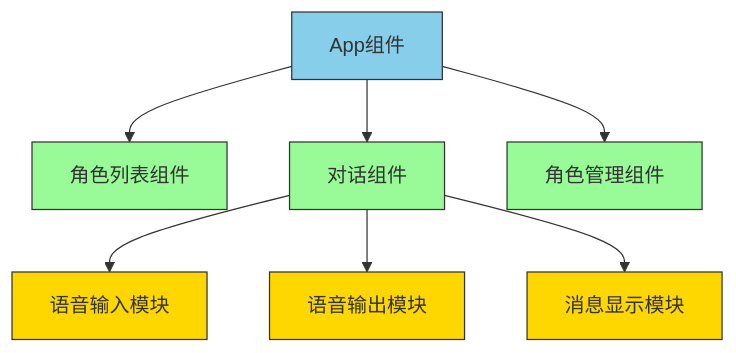
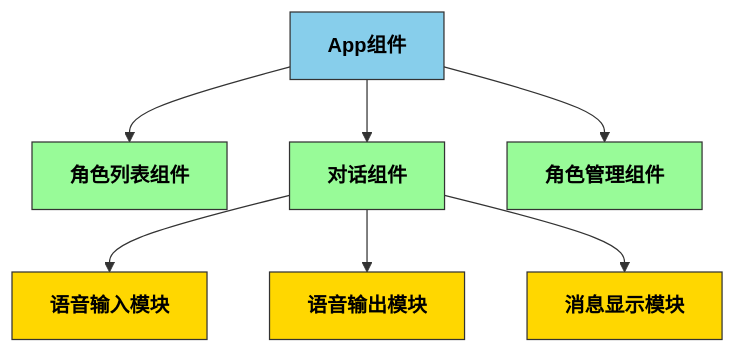
The second of 3 diagrams in README.md (xin-24/AI-Role-playing), drawn with Mermaid before and after one commit. The commit also changed other lines of this file and 5 other files, not shown here.

````diff
--- a/README.md
+++ b/README.md
@@ -47,17 +47,17 @@
 ```mermaid
 graph TD
     A[App组件] --> B[角色列表组件]
     A --> C[对话组件]
     A --> D[角色管理组件]
     C --> E[语音输入模块]
     C --> F[语音输出模块]
     C --> G[消息显示模块]
     
-    style A fill:#87CEEB,stroke:#333
-    style B fill:#98FB98,stroke:#333
-    style C fill:#98FB98,stroke:#333
-    style D fill:#98FB98,stroke:#333
-    style E fill:#FFD700,stroke:#333
-    style F fill:#FFD700,stroke:#333
-    style G fill:#FFD700,stroke:#333
+    style A fill:#87CEEB,stroke:#333,fill-opacity:1,color:#000,font-weight:bold
+    style B fill:#98FB98,stroke:#333,fill-opacity:1,color:#000,font-weight:bold
+    style C fill:#98FB98,stroke:#333,fill-opacity:1,color:#000,font-weight:bold
+    style D fill:#98FB98,stroke:#333,fill-opacity:1,color:#000,font-weight:bold
+    style E fill:#FFD700,stroke:#333,fill-opacity:1,color:#000,font-weight:bold
+    style F fill:#FFD700,stroke:#333,fill-opacity:1,color:#000,font-weight:bold
+    style G fill:#FFD700,stroke:#333,fill-opacity:1,color:#000,font-weight:bold
 ```
````
